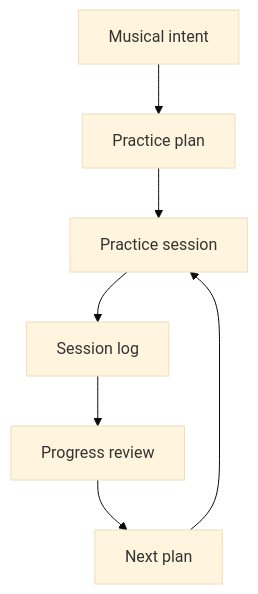
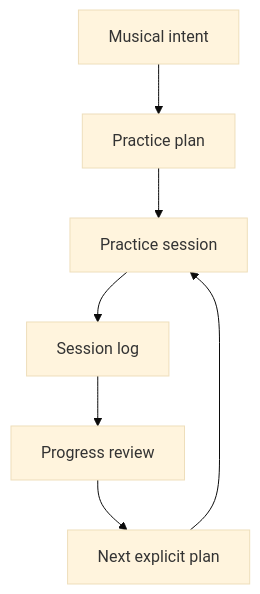
Before and after one commit to ryjen/guitar-practice-system: the first of 3 diagrams in docs/use-cases.md, drawn with Mermaid (base theme). The commit also changed other lines of this file, not shown here.

````diff
--- a/docs/use-cases.md
+++ b/docs/use-cases.md
@@ -7,9 +7,9 @@
 ```mermaid
 flowchart TD
     Intent[Musical intent] --> Plan[Practice plan]
     Plan --> Session[Practice session]
     Session --> Log[Session log]
     Log --> Review[Progress review]
-    Review --> Next[Next plan]
+    Review --> Next[Next explicit plan]
     Next --> Session
 ```
````
